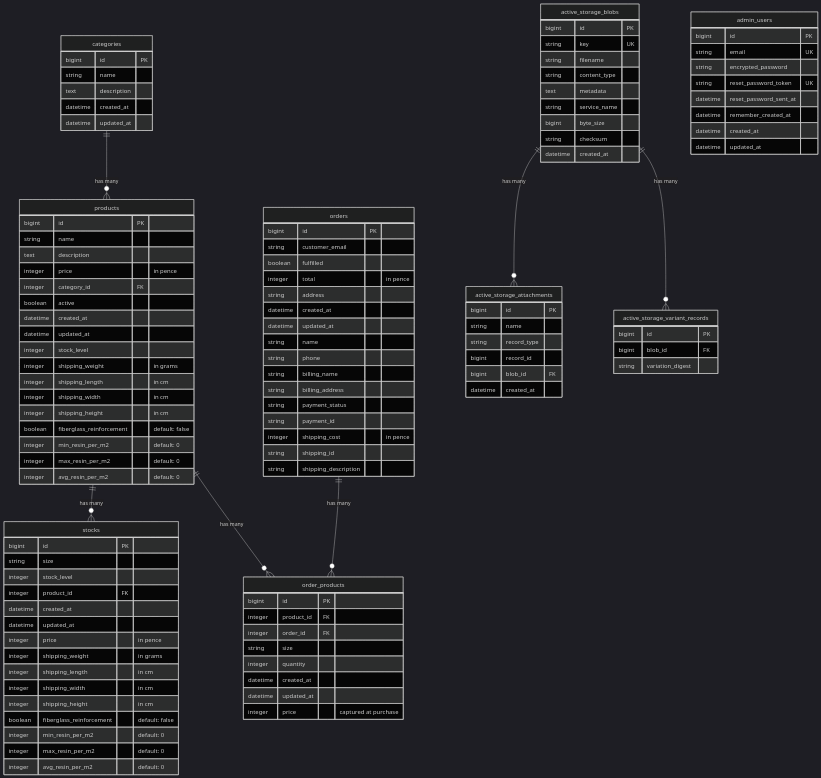
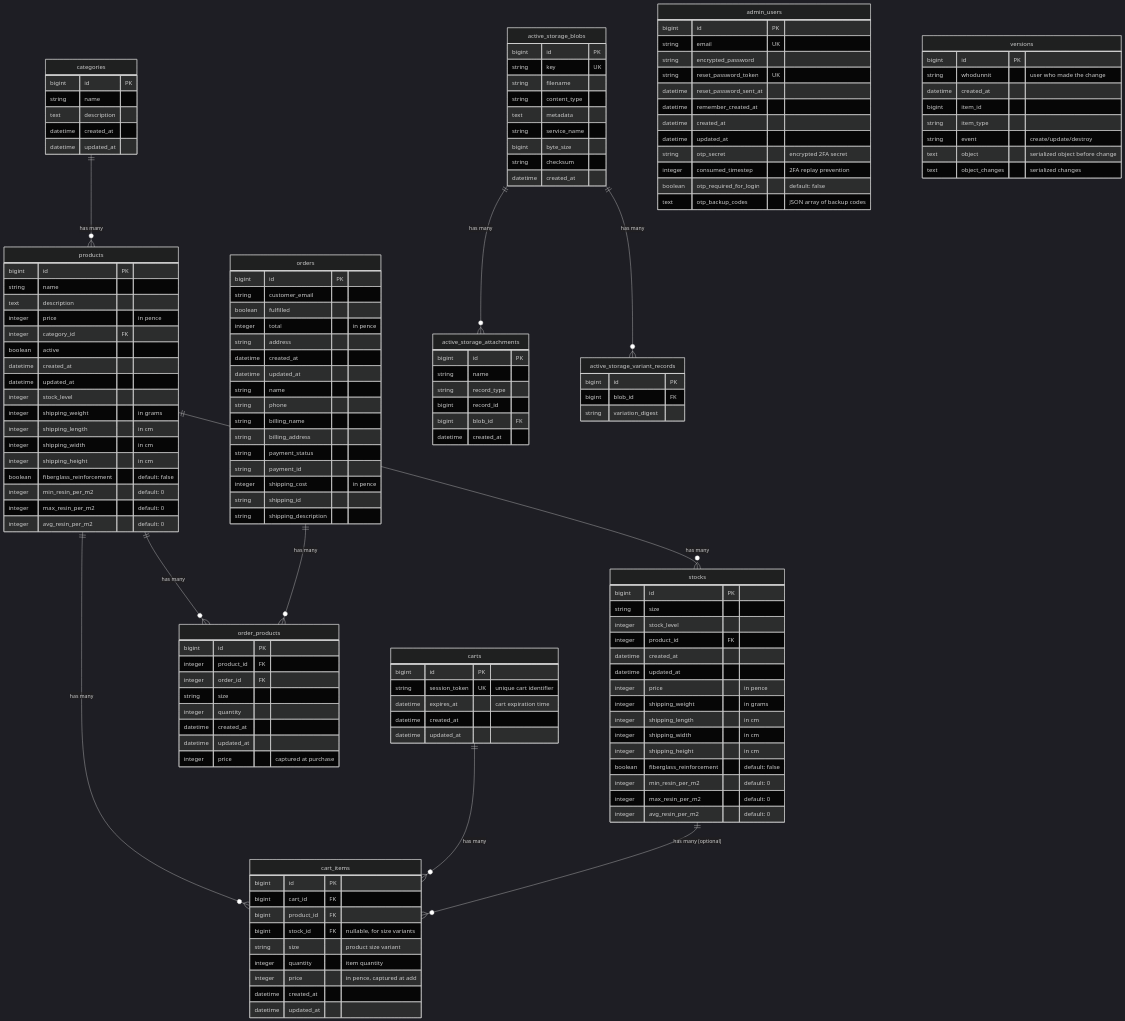
The diagram in documentation/schema-diagram.md (AnthonyWrather/e-commerce-rails7), drawn with Mermaid (dark theme) before and after one commit. The commit also changed other lines of this file and 5 other files, not shown here.

```diff
--- a/documentation/schema-diagram.md
+++ b/documentation/schema-diagram.md
@@ -8,7 +8,10 @@
     categories ||--o{ products : "has many"
     products ||--o{ stocks : "has many"
     products ||--o{ order_products : "has many"
+    products ||--o{ cart_items : "has many"
     orders ||--o{ order_products : "has many"
+    carts ||--o{ cart_items : "has many"
+    stocks ||--o{ cart_items : "has many (optional)"
     active_storage_blobs ||--o{ active_storage_attachments : "has many"
     active_storage_blobs ||--o{ active_storage_variant_records : "has many"
 
@@ -97,6 +100,41 @@
         datetime remember_created_at
         datetime created_at
         datetime updated_at
+        string otp_secret "encrypted 2FA secret"
+        integer consumed_timestep "2FA replay prevention"
+        boolean otp_required_for_login "default: false"
+        text otp_backup_codes "JSON array of backup codes"
+    }
+
+    carts {
+        bigint id PK
+        string session_token UK "unique cart identifier"
+        datetime expires_at "cart expiration time"
+        datetime created_at
+        datetime updated_at
+    }
+
+    cart_items {
+        bigint id PK
+        bigint cart_id FK
+        bigint product_id FK
+        bigint stock_id FK "nullable, for size variants"
+        string size "product size variant"
+        integer quantity "item quantity"
+        integer price "in pence, captured at add"
+        datetime created_at
+        datetime updated_at
+    }
+
+    versions {
+        bigint id PK
+        string whodunnit "user who made the change"
+        datetime created_at
+        bigint item_id
+        string item_type
+        string event "create/update/destroy"
+        text object "serialized object before change"
+        text object_changes "serialized changes"
     }
 
     active_storage_blobs {
```
